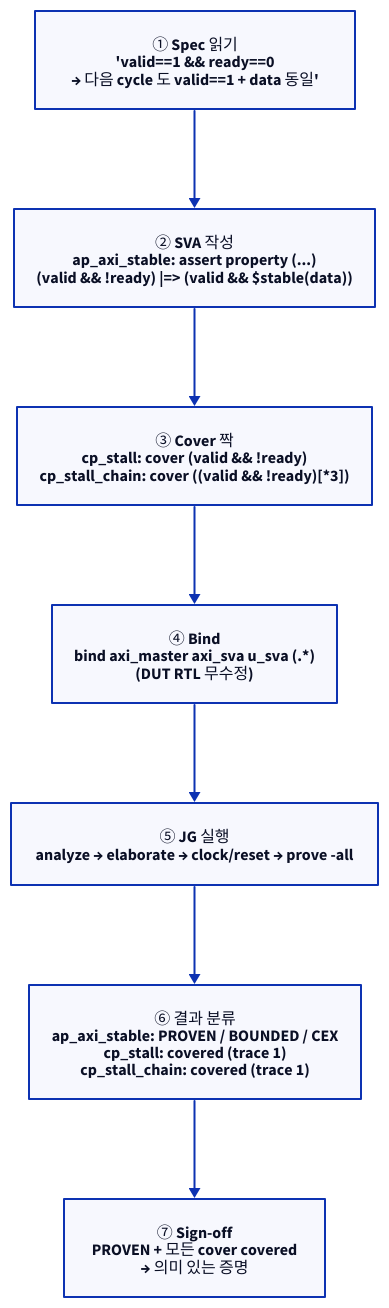
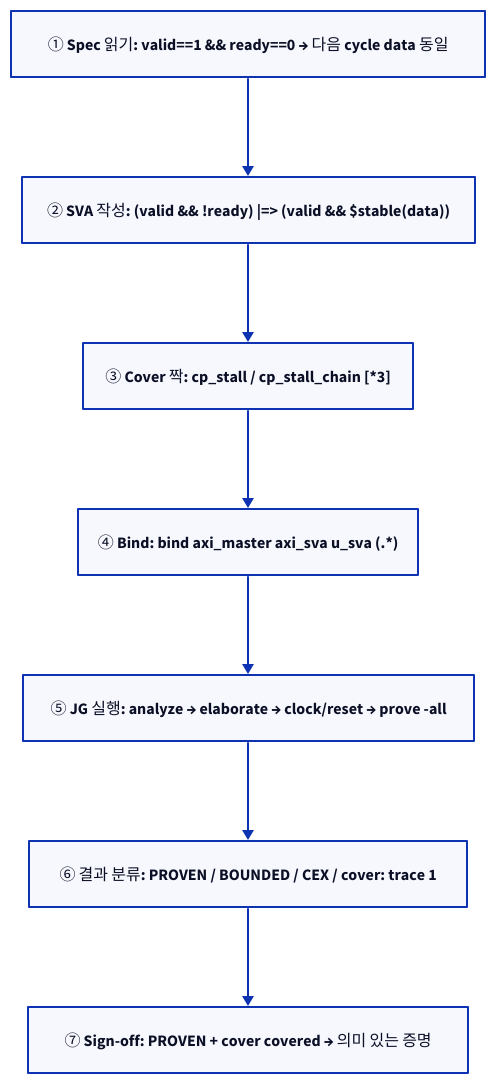
One commit to humbleowl39/DV_SKOOL changed the second of 2 diagrams in topics/formal_verification/docs/02_sva.md. Above: the diagram before and after it, drawn with D2. The commit also changed 90 other files, not shown here.

First line of the commit message:
docs: 전 토픽 다이어그램 정비 — ASCII→D2, mermaid→D2, 과대 D2 가시성 수정

````diff
--- a/topics/formal_verification/docs/02_sva.md
+++ b/topics/formal_verification/docs/02_sva.md
@@ -115,17 +115,17 @@
 ```d2
 direction: down
 
-S1: "① Spec 읽기\n'valid==1 && ready==0\n→ 다음 cycle 도 valid==1 + data 동일'"
-S2: "② SVA 작성\nap_axi_stable: assert property (...)\n(valid && !ready) |=> (valid && \$stable(data))"
-S3: "③ Cover 짝\ncp_stall: cover (valid && !ready)\ncp_stall_chain: cover ((valid && !ready)[*3])"
-S4: "④ Bind\nbind axi_master axi_sva u_sva (.*)\n(DUT RTL 무수정)"
-S5: "⑤ JG 실행\nanalyze → elaborate → clock/reset → prove -all"
-S6: "⑥ 결과 분류\nap_axi_stable: PROVEN / BOUNDED / CEX\ncp_stall: covered (trace 1)\ncp_stall_chain: covered (trace 1)"
-S7: "⑦ Sign-off\nPROVEN + 모든 cover covered\n→ 의미 있는 증명"
+S1: "① Spec 읽기: valid==1 && ready==0 → 다음 cycle data 동일"
+S2: "② SVA 작성: (valid && !ready) |=> (valid && \$stable(data))"
+S3: "③ Cover 짝: cp_stall / cp_stall_chain [*3]"
+S4: "④ Bind: bind axi_master axi_sva u_sva (.*)"
+S5: "⑤ JG 실행: analyze → elaborate → clock/reset → prove -all"
+S6: "⑥ 결과 분류: PROVEN / BOUNDED / CEX / cover: trace 1"
+S7: "⑦ Sign-off: PROVEN + cover covered → 의미 있는 증명"
 S1 -> S2
 S2 -> S3
 S3 -> S4
 S4 -> S5
 S5 -> S6
 S6 -> S7
 ```
````
